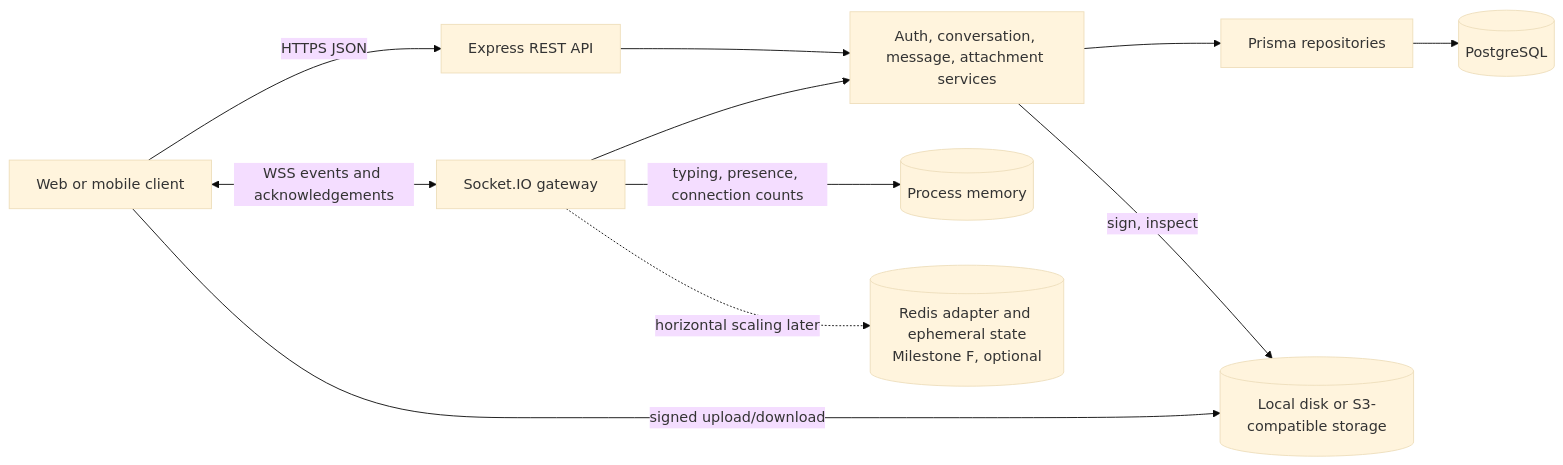
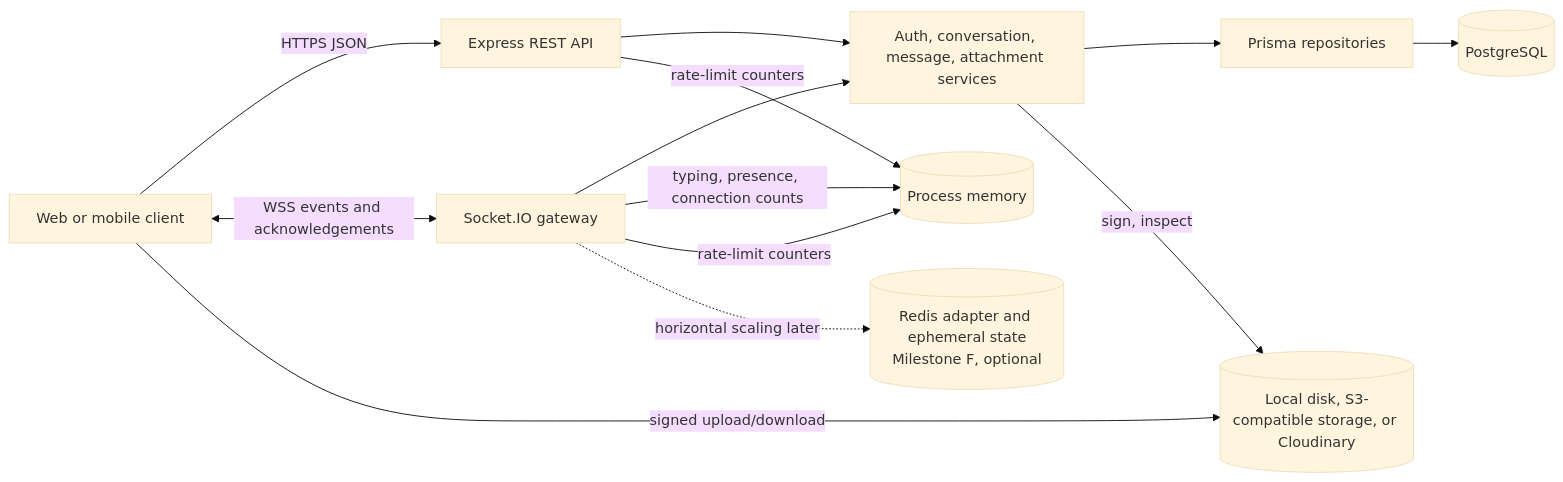
The diagram in docs/architecture.md (codephoenix86/convo), drawn with Mermaid (base theme) before and after one commit. The commit also changed other lines of this file and 8 other files, not shown here.

````diff
--- a/docs/architecture.md
+++ b/docs/architecture.md
@@ -5,23 +5,25 @@
 ```mermaid
 flowchart LR
   Client[Web or mobile client]
   HTTP[Express REST API]
   Socket[Socket.IO gateway]
   Services[Auth, conversation, message, attachment services]
   Repositories[Prisma repositories]
   PostgreSQL[(PostgreSQL)]
   Memory[(Process memory)]
-  Storage[(Local disk or S3-compatible storage)]
+  Storage[(Local disk, S3-compatible storage, or Cloudinary)]
   Redis[(Redis adapter and ephemeral state\nMilestone F, optional)]
 
   Client -->|HTTPS JSON| HTTP
   Client <-->|WSS events and acknowledgements| Socket
   HTTP --> Services
   Socket --> Services
   Services --> Repositories
   Repositories --> PostgreSQL
   Services -->|sign, inspect| Storage
   Client -->|signed upload/download| Storage
   Socket -->|typing, presence, connection counts| Memory
+  HTTP -->|rate-limit counters| Memory
+  Socket -->|rate-limit counters| Memory
   Socket -.->|horizontal scaling later| Redis
 ```
````
